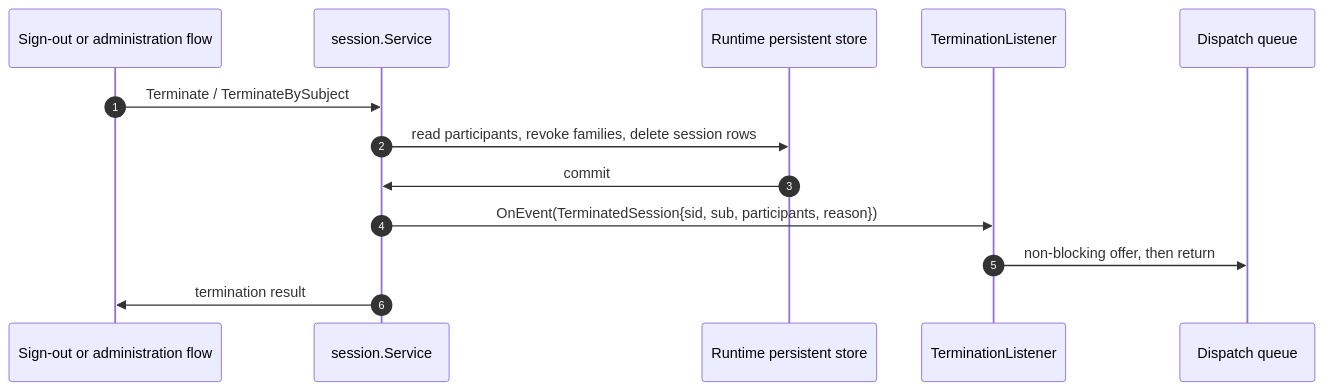
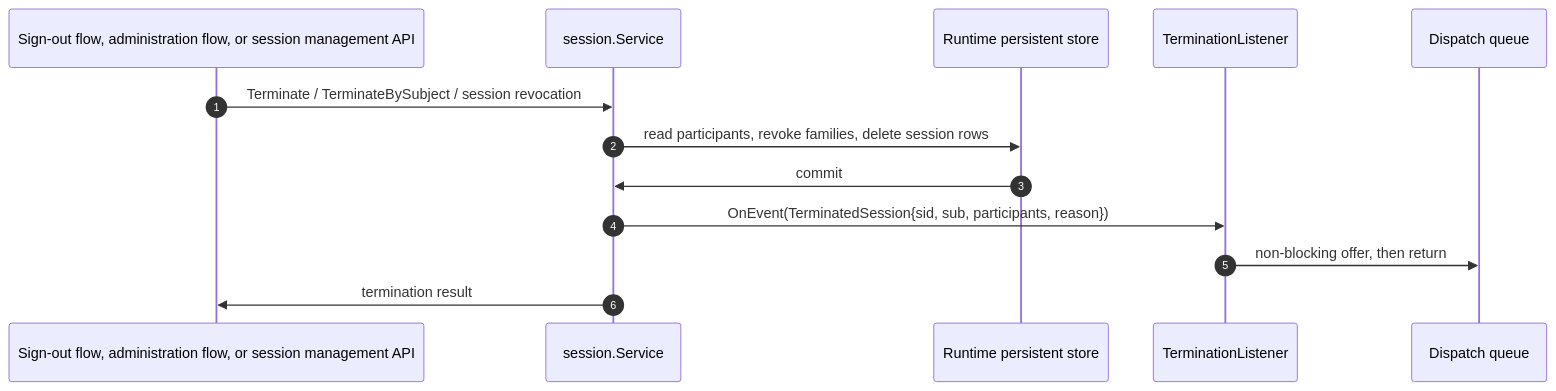
The fourth of 7 diagrams in docs-internals/back-channel-logout/threat-model.md (thunder-id/thunderid), drawn with Mermaid before and after one commit. The commit also changed other lines of this file and 28 other files, not shown here.

````diff
--- a/docs-internals/back-channel-logout/threat-model.md
+++ b/docs-internals/back-channel-logout/threat-model.md
@@ -251,15 +256,15 @@
 ```mermaid
 sequenceDiagram
   autonumber
-  participant F as Sign-out or administration flow
+  participant F as Sign-out flow, administration flow, or session management API
   participant S as session.Service
   participant D as Runtime persistent store
   participant L as TerminationListener
   participant Q as Dispatch queue
-  F->>S: Terminate / TerminateBySubject
+  F->>S: Terminate / TerminateBySubject / session revocation
   S->>D: read participants, revoke families, delete session rows
   D->>S: commit
   S->>L: OnEvent(TerminatedSession{sid, sub, participants, reason})
   L->>Q: non-blocking offer, then return
   S->>F: termination result
 ```
````
